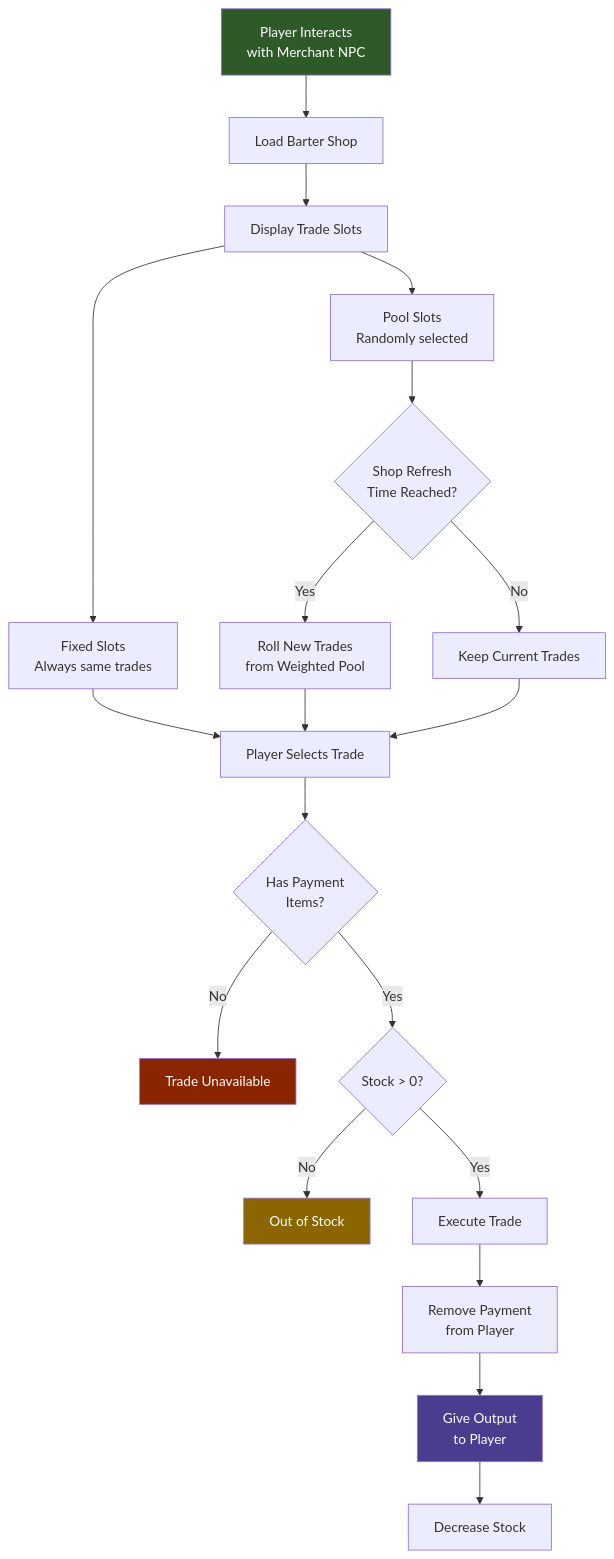
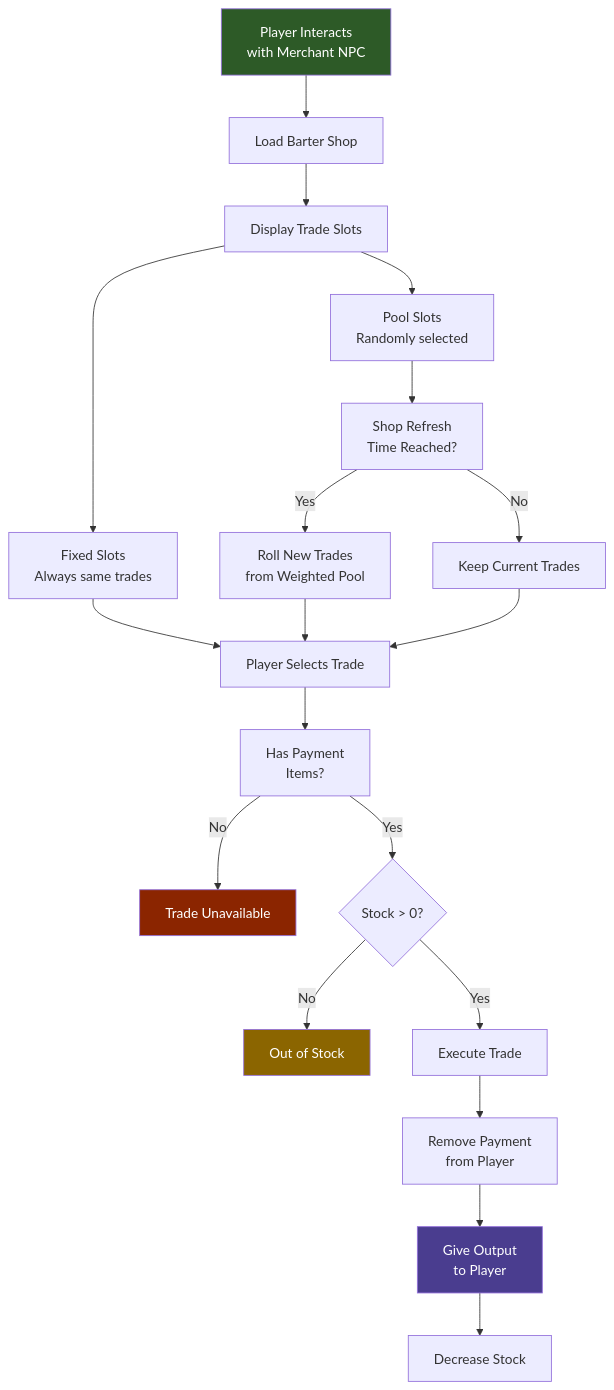
Before and after one commit to nevesb/hytale-modding-docs: the diagram in src/content/docs/es/reference/economy-and-progression/barter-shops.md, drawn with Mermaid. The commit also changed 34 other files, not shown here.

First line of the commit message:
docs: enhance mermaid diagrams for clarity and readability

````diff
--- a/src/content/docs/es/reference/economy-and-progression/barter-shops.md
+++ b/src/content/docs/es/reference/economy-and-progression/barter-shops.md
@@ -12,31 +12,31 @@
 ```mermaid
 flowchart TD
-    A[Player Interacts\nwith Merchant NPC] --> B[Load Barter Shop]
+    A["Player Interacts<br/>with Merchant NPC"] --> B[Load Barter Shop]
     B --> C[Display Trade Slots]
 
-    C --> D[Fixed Slots\nAlways same trades]
-    C --> E[Pool Slots\nRandomly selected]
+    C --> D["Fixed Slots<br/>Always same trades"]
+    C --> E["Pool Slots<br/>Randomly selected"]
 
-    E --> F{Shop Refresh\nTime Reached?}
-    F -->|Yes| G[Roll New Trades\nfrom Weighted Pool]
-    F -->|No| H[Keep Current Trades]
+    E --> F["Shop Refresh<br/>Time Reached?"]
+    F -->|"Yes"| G["Roll New Trades<br/>from Weighted Pool"]
+    F -->|"No"| H[Keep Current Trades]
 
     D --> I[Player Selects Trade]
     G --> I
     H --> I
 
-    I --> J{Has Payment\nItems?}
-    J -->|No| K[Trade Unavailable]
-    J -->|Yes| L{Stock > 0?}
-    L -->|No| M[Out of Stock]
-    L -->|Yes| N[Execute Trade]
+    I --> J["Has Payment<br/>Items?"]
+    J -->|"No"| K[Trade Unavailable]
+    J -->|"Yes"| L{Stock > 0?}
+    L -->|"No"| M[Out of Stock]
+    L -->|"Yes"| N[Execute Trade]
 
-    N --> O[Remove Payment\nfrom Player]
-    O --> P[Give Output\nto Player]
+    N --> O["Remove Payment<br/>from Player"]
+    O --> P["Give Output<br/>to Player"]
     P --> Q[Decrease Stock]
 
     style A fill:#2d5a27,color:#fff
     style K fill:#8b2500,color:#fff
     style M fill:#8b6500,color:#fff
     style P fill:#4a3d8f,color:#fff
 ```
````
